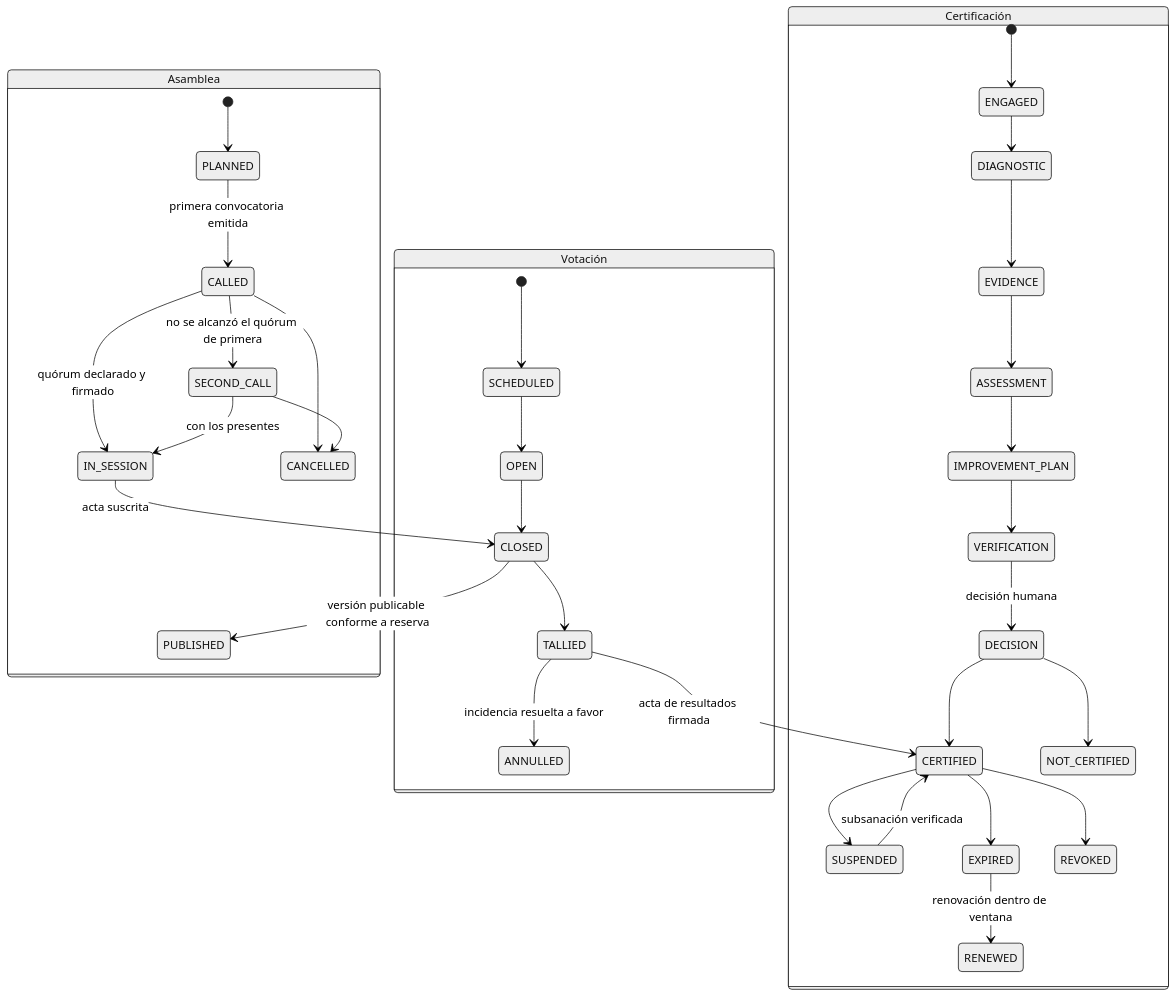
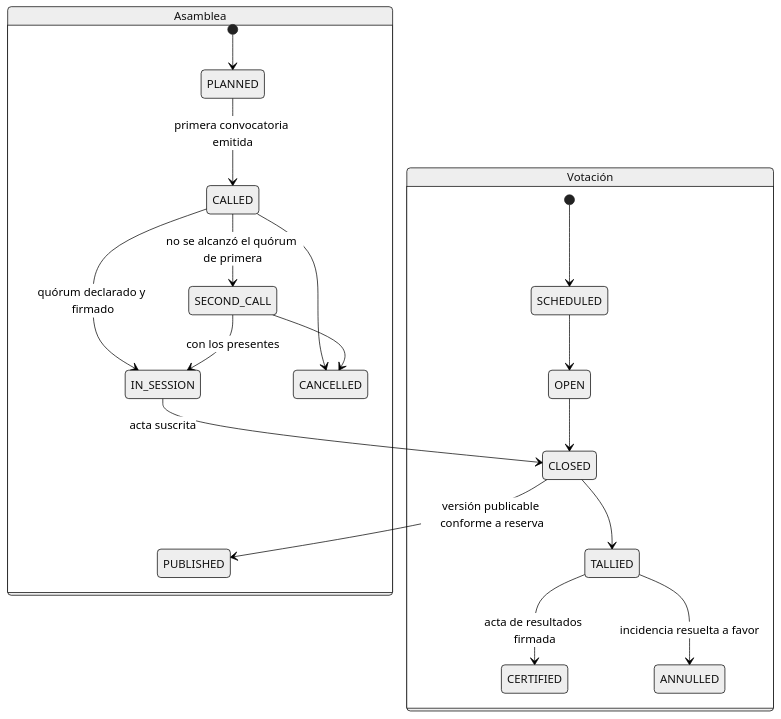
Before and after one commit to Alianza-Indigo/fuerza_indigo: the ninth of 9 diagrams in docs/DATA_MODEL.md, drawn with Mermaid (neutral theme). The commit also changed other lines of this file and 63 other files, not shown here.

````diff
--- a/docs/DATA_MODEL.md
+++ b/docs/DATA_MODEL.md
@@ -991,38 +836,22 @@
 ```mermaid
 stateDiagram-v2
     state Asamblea {
         [*] --> PLANNED
         PLANNED --> CALLED: primera convocatoria emitida
         CALLED --> SECOND_CALL: no se alcanzó el quórum de primera
         CALLED --> IN_SESSION: quórum declarado y firmado
         SECOND_CALL --> IN_SESSION: con los presentes
         IN_SESSION --> CLOSED: acta suscrita
         CLOSED --> PUBLISHED: versión publicable conforme a reserva
         CALLED --> CANCELLED
         SECOND_CALL --> CANCELLED
     }
     state Votación {
         [*] --> SCHEDULED
         SCHEDULED --> OPEN
         OPEN --> CLOSED
         CLOSED --> TALLIED
         TALLIED --> CERTIFIED: acta de resultados firmada
         TALLIED --> ANNULLED: incidencia resuelta a favor
     }
-    state Certificación {
-        [*] --> ENGAGED
-        ENGAGED --> DIAGNOSTIC
-        DIAGNOSTIC --> EVIDENCE
-        EVIDENCE --> ASSESSMENT
-        ASSESSMENT --> IMPROVEMENT_PLAN
-        IMPROVEMENT_PLAN --> VERIFICATION
-        VERIFICATION --> DECISION: decisión humana
-        DECISION --> CERTIFIED
-        DECISION --> NOT_CERTIFIED
-        CERTIFIED --> SUSPENDED
-        SUSPENDED --> CERTIFIED: subsanación verificada
-        CERTIFIED --> EXPIRED
-        CERTIFIED --> REVOKED
-        EXPIRED --> RENEWED: renovación dentro de ventana
-    }
 ```
````
